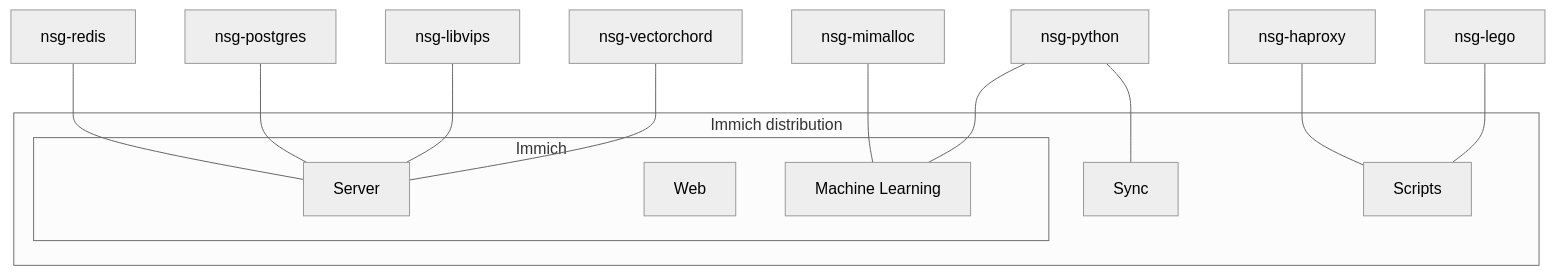
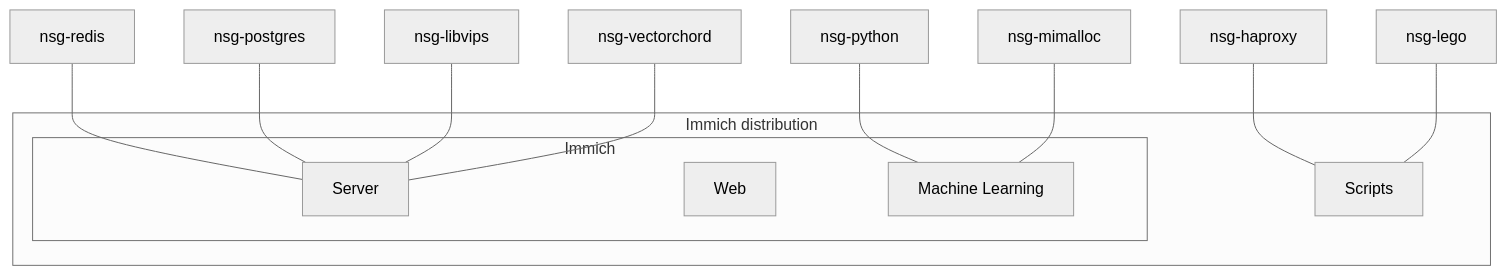
One commit to nsg/immich-distribution changed the third of 3 diagrams in docs/site/content/contribute/dependencies.md. Above: the diagram before and after it, drawn with Mermaid (neutral theme).

Commit message:
docs: remove removed sync service from dependency diagram

````diff
--- a/docs/site/content/contribute/dependencies.md
+++ b/docs/site/content/contribute/dependencies.md
@@ -61,30 +61,27 @@
 ```mermaid
 flowchart TD
 
 subgraph Immich
     Server
     Web
     machine-learning["Machine Learning"]
 end
 
 
 subgraph ID["Immich distribution"]
     Immich
     Server
     Scripts
-    Sync
 end
 
 nsg-redis --- Server
 nsg-postgres --- Server
 nsg-libvips --- Server
 nsg-vectorchord --- Server
 
 nsg-python --- machine-learning
 nsg-mimalloc --- machine-learning
 
 nsg-haproxy --- Scripts
 nsg-lego --- Scripts
-
-nsg-python --- Sync
 ```
````
